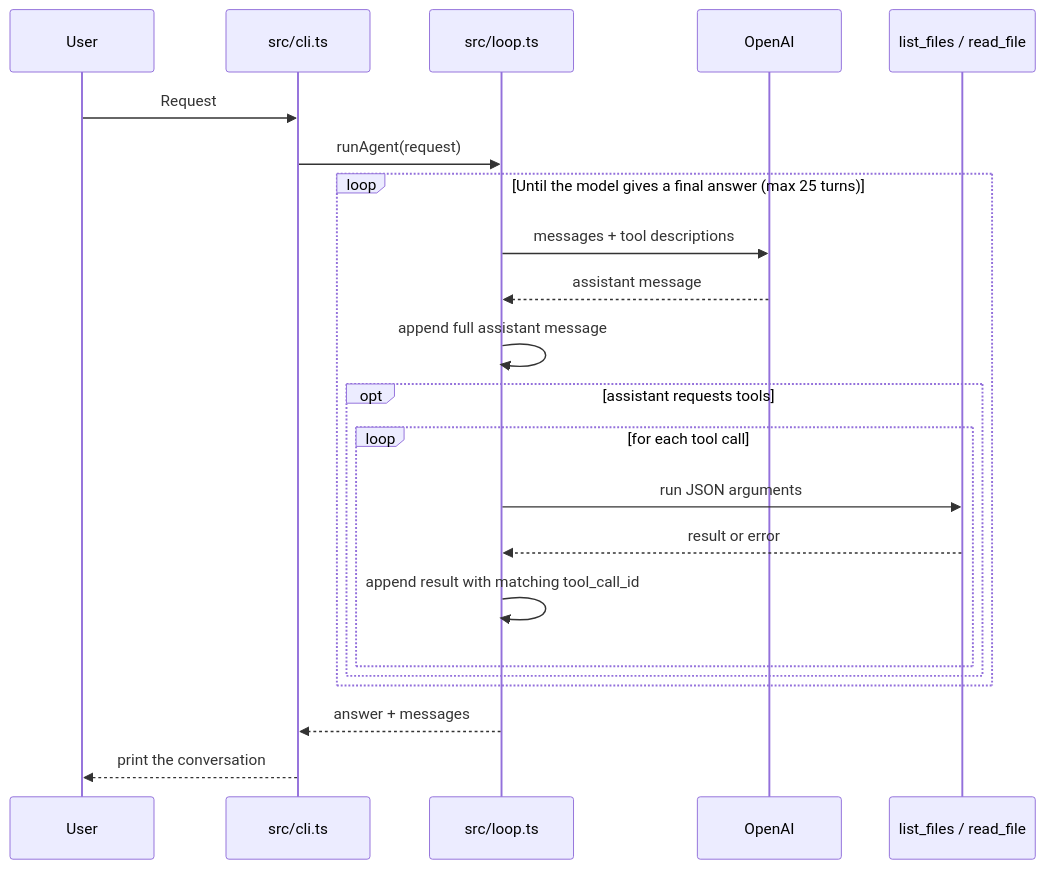
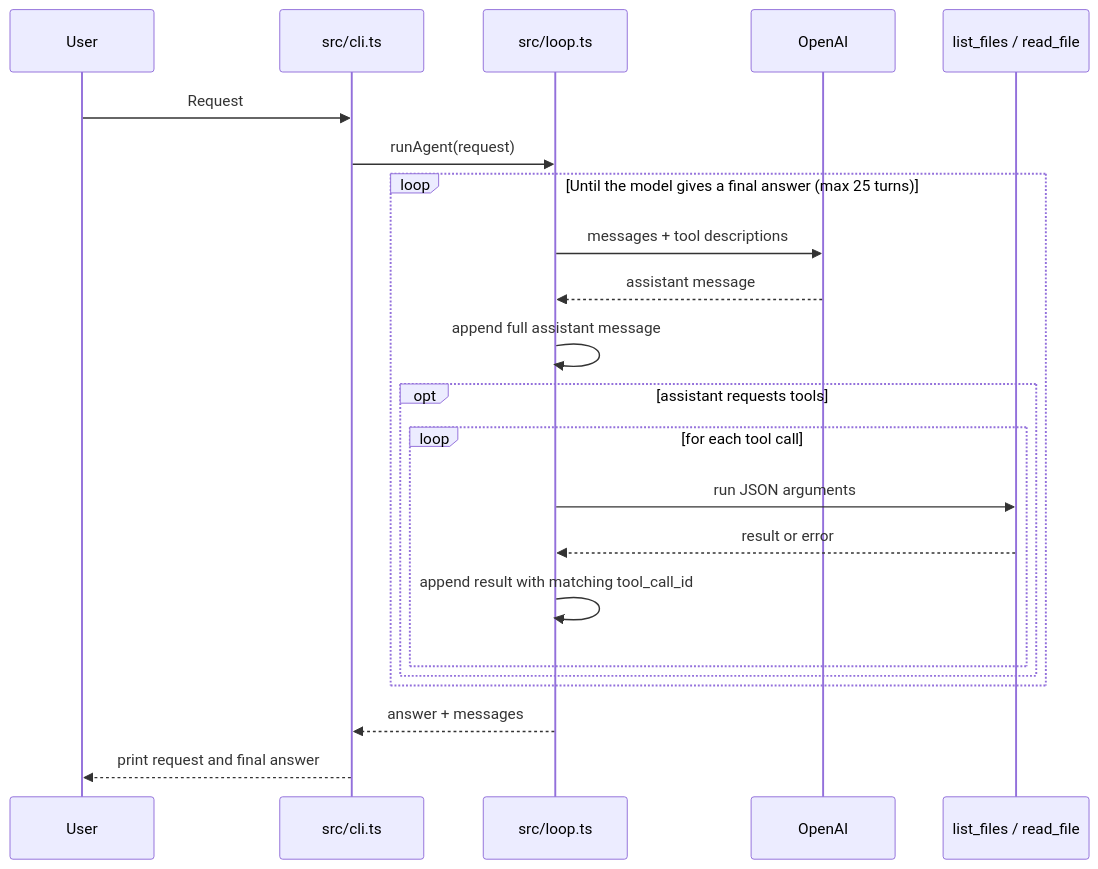
Before and after one commit to petermekhaeil/mini-agent: the diagram in README.md, drawn with Mermaid. The commit also changed other lines of this file and 1 other file, not shown here.

Commit message:
feat(cli): Show only the request and final answer
Keep tool calls and results in the model conversation without printing their full contents in the terminal.

````diff
--- a/README.md
+++ b/README.md
@@ -20,25 +20,25 @@
 ```mermaid
 sequenceDiagram
     participant User
     participant CLI as src/cli.ts
     participant Agent as src/loop.ts
     participant OpenAI
     participant Tools as list_files / read_file
 
     User->>CLI: Request
     CLI->>Agent: runAgent(request)
     loop Until the model gives a final answer (max 25 turns)
         Agent->>OpenAI: messages + tool descriptions
         OpenAI-->>Agent: assistant message
         Agent->>Agent: append full assistant message
         opt assistant requests tools
             loop for each tool call
                 Agent->>Tools: run JSON arguments
                 Tools-->>Agent: result or error
                 Agent->>Agent: append result with matching tool_call_id
             end
         end
     end
     Agent-->>CLI: answer + messages
-    CLI-->>User: print the conversation
+    CLI-->>User: print request and final answer
 ```
````
